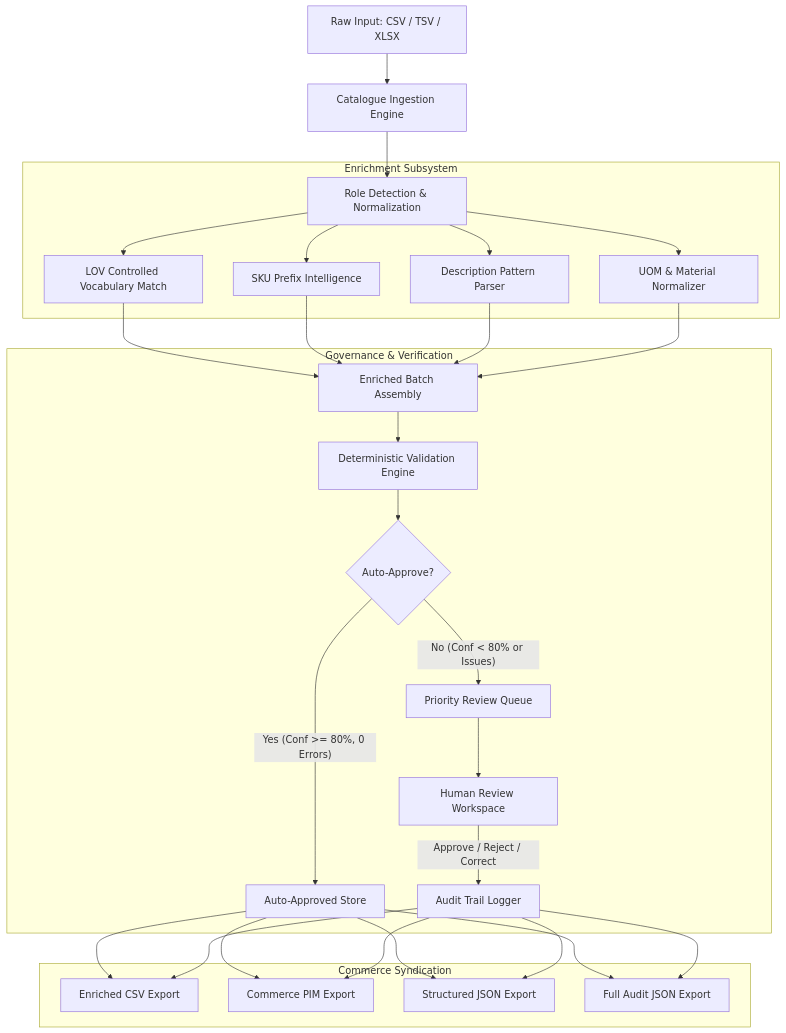
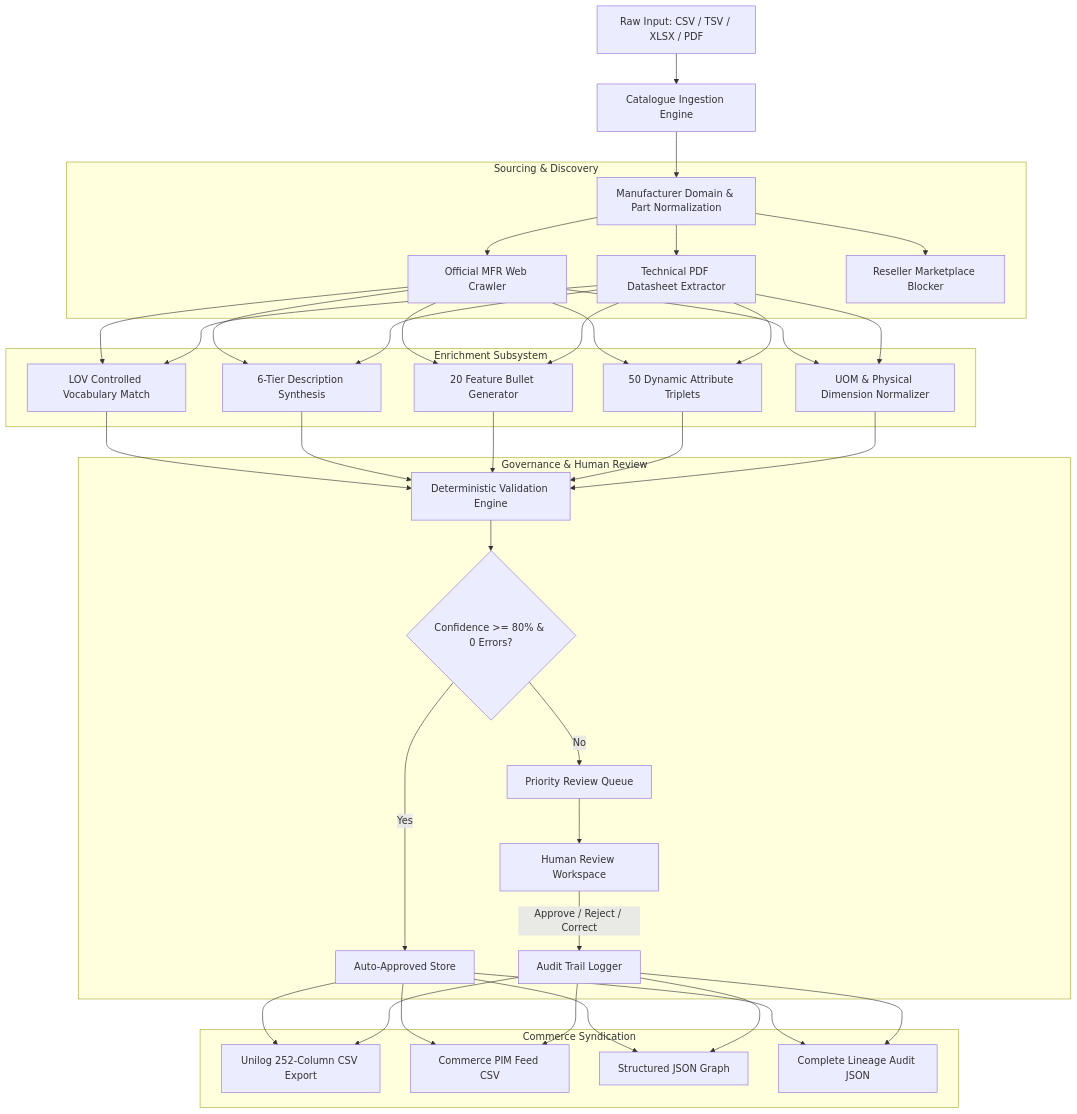
One commit to Yashasm18/specledger changed the diagram in README.md. Above: the diagram before and after it, drawn with Mermaid. The commit also changed other lines of this file and 2 other files, not shown here.

Commit message:
docs: add comprehensive empirical benchmark proofs, 1,000-row Unilog verification, 252-column breakdown, and criteria mapping to README

````diff
--- a/README.md
+++ b/README.md
@@ -48,30 +117,36 @@
 ```mermaid
 flowchart TD
-    A[Raw Input: CSV / TSV / XLSX] --> B[Catalogue Ingestion Engine]
-    B --> C[Role Detection & Normalization]
+    A[Raw Input: CSV / TSV / XLSX / PDF] --> B[Catalogue Ingestion Engine]
+    B --> C[Manufacturer Domain & Part Normalization]
+    
+    subgraph Sourcing & Discovery
+        C --> D1[Official MFR Web Crawler]
+        C --> D2[Technical PDF Datasheet Extractor]
+        C --> D3[Reseller Marketplace Blocker]
+    end
     
     subgraph Enrichment Subsystem
-        C --> D1[LOV Controlled Vocabulary Match]
-        C --> D2[SKU Prefix Intelligence]
-        C --> D3[Description Pattern Parser]
-        C --> D4[UOM & Material Normalizer]
+        D1 & D2 --> E1[LOV Controlled Vocabulary Match]
+        D1 & D2 --> E2[6-Tier Description Synthesis]
+        D1 & D2 --> E3[20 Feature Bullet Generator]
+        D1 & D2 --> E4[50 Dynamic Attribute Triplets]
+        D1 & D2 --> E5[UOM & Physical Dimension Normalizer]
     end
     
-    D1 & D2 & D3 & D4 --> E[Enriched Batch Assembly]
+    E1 & E2 & E3 & E4 & E5 --> F[Deterministic Validation Engine]
     
-    subgraph Governance & Verification
-        E --> F[Deterministic Validation Engine]
-        F --> G{Auto-Approve?}
-        G -- Yes (Conf >= 80%, 0 Errors) --> H[Auto-Approved Store]
-        G -- No (Conf < 80% or Issues) --> I[Priority Review Queue]
+    subgraph Governance & Human Review
+        F --> G{Confidence >= 80% & 0 Errors?}
+        G -- Yes --> H[Auto-Approved Store]
+        G -- No --> I[Priority Review Queue]
         I --> J[Human Review Workspace]
         J -- Approve / Reject / Correct --> K[Audit Trail Logger]
     end
     
     subgraph Commerce Syndication
-        H & K --> L1[Enriched CSV Export]
-        H & K --> L2[Commerce PIM Export]
-        H & K --> L3[Structured JSON Export]
-        H & K --> L4[Full Audit JSON Export]
+        H & K --> L1[Unilog 252-Column CSV Export]
+        H & K --> L2[Commerce PIM Feed CSV]
+        H & K --> L3[Structured JSON Graph]
+        H & K --> L4[Complete Lineage Audit JSON]
     end
 ```
````
